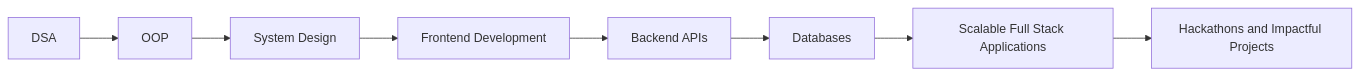
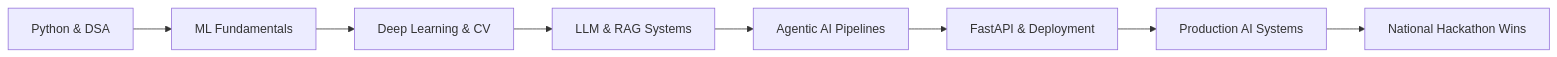
The diagram in README.md (shiv9918/shiv9918), drawn with Mermaid before and after one commit. The commit also changed other lines of this file, not shown here.

````diff
--- a/README.md
+++ b/README.md
@@ -78,10 +81,10 @@
 ```mermaid
 flowchart LR
-    A[DSA] --> B[OOP]
-    B --> C[System Design]
-    C --> D[Frontend Development]
-    D --> E[Backend APIs]
-    E --> F[Databases]
-    F --> G[Scalable Full Stack Applications]
-    G --> H[Hackathons and Impactful Projects]
+    A[Python & DSA] --> B[ML Fundamentals]
+    B --> C[Deep Learning & CV]
+    C --> D[LLM & RAG Systems]
+    D --> E[Agentic AI Pipelines]
+    E --> F[FastAPI & Deployment]
+    F --> G[Production AI Systems]
+    G --> H[National Hackathon Wins]
 ```
````
